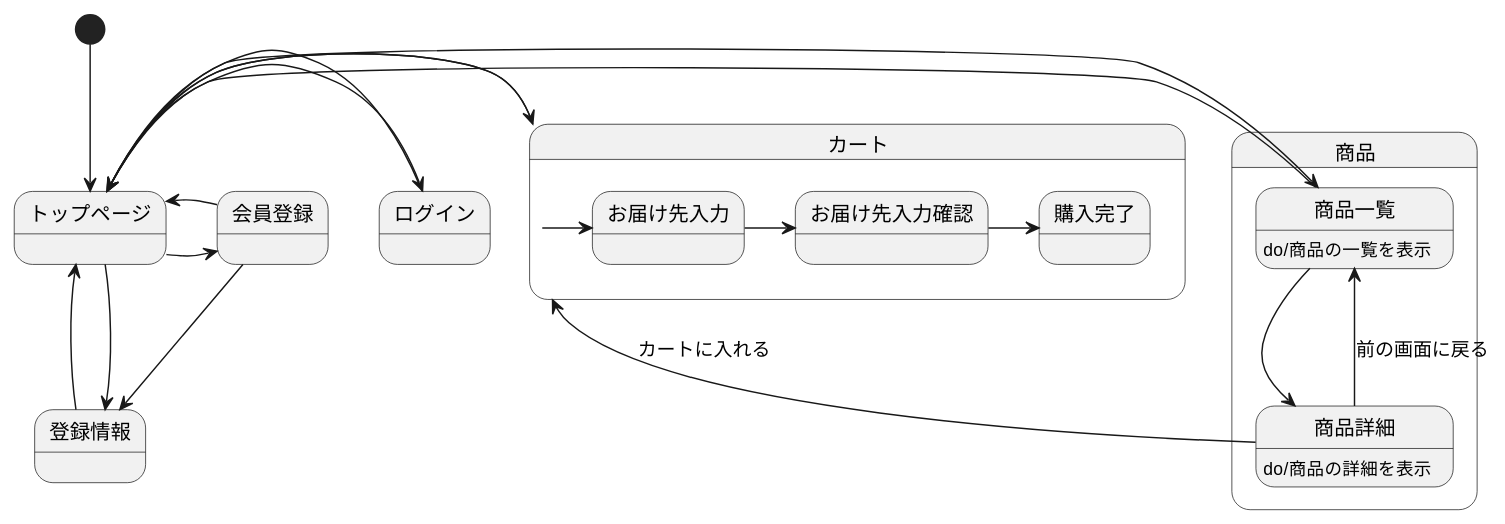
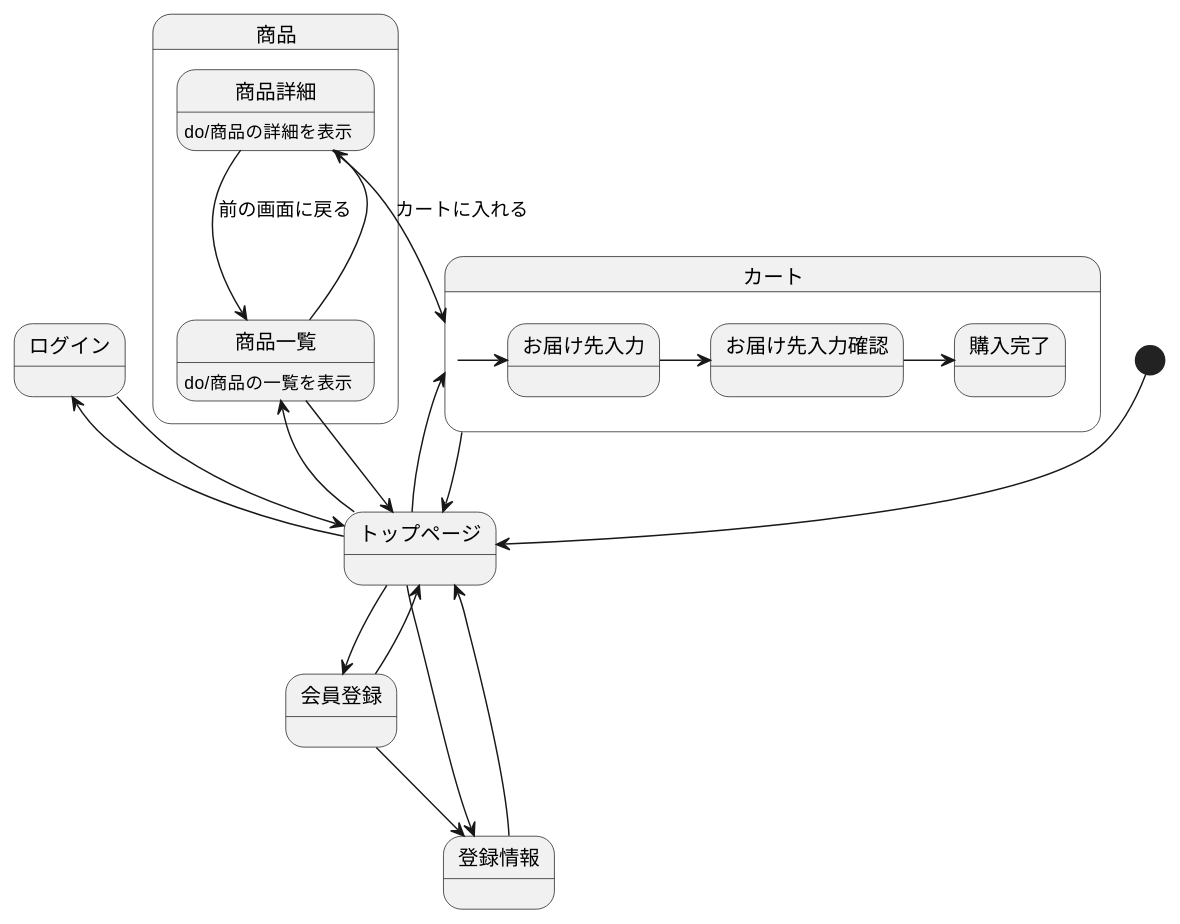
The diagram in stm01.md (aso2001190/sys2021-design), drawn with PlantUML before and after one commit.

````diff
--- a/stm01.md
+++ b/stm01.md
@@ -1,39 +1,39 @@
 ```uml
 @startuml
 
  state 商品 {
 商品詳細 : do/商品の詳細を表示
 商品一覧 : do/商品の一覧を表示
 }
 
 [*] --> トップページ
 トップページ -> 会員登録
 トップページ -left-> ログイン
 トップページ -left-> カート
 トップページ --> 登録情報
 トップページ --> 商品一覧
 
 
-トップページ <-- 会員登録
-トップページ <- ログイン
-トップページ <- カート
-トップページ <- 登録情報
-トップページ <- 商品一覧
+会員登録 --> トップページ
+ログイン --> トップページ
+カート --> トップページ
+登録情報 --> トップページ
+商品一覧 --> トップページ
 
 
 
 商品一覧 --> 商品詳細 
 商品詳細 --> 商品一覧 : 前の画面に戻る
 商品詳細 --> カート : カートに入れる
 
 
 会員登録 --> 登録情報
 
 state カート {
 カート -> お届け先入力
 お届け先入力 -> お届け先入力確認
 お届け先入力確認 -> 購入完了
 }
 
 @enduml
 ```
````
